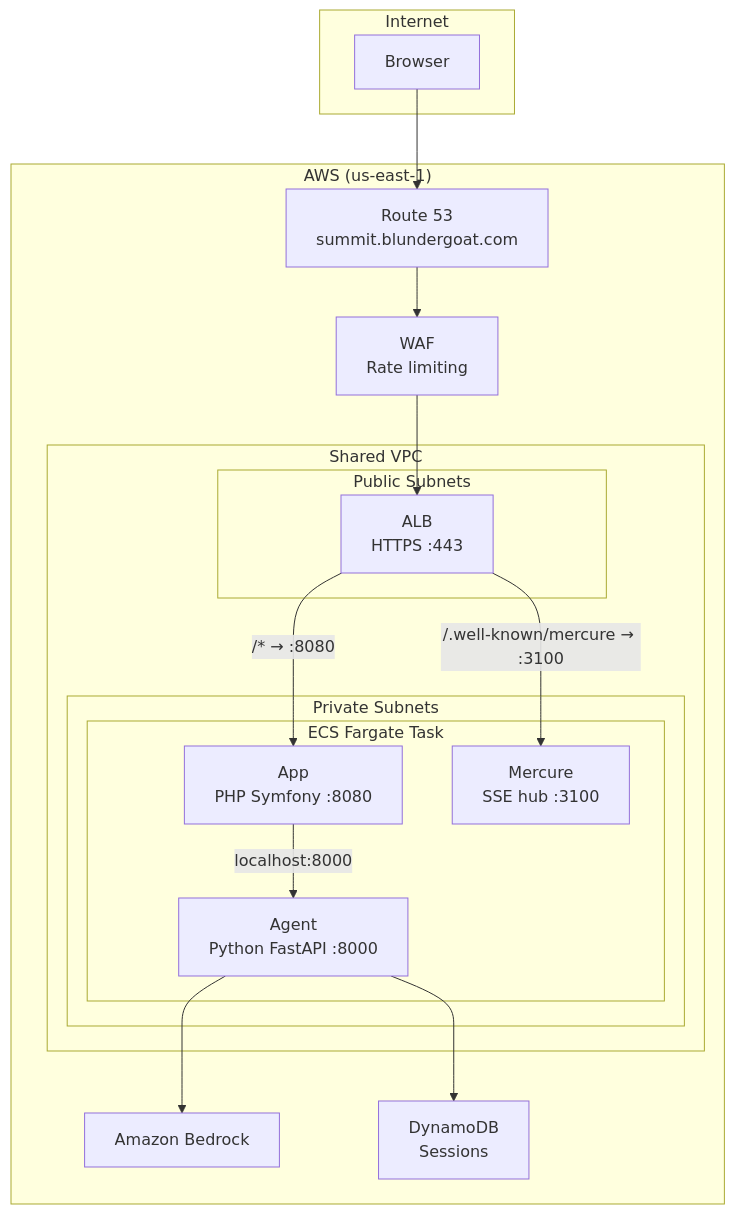
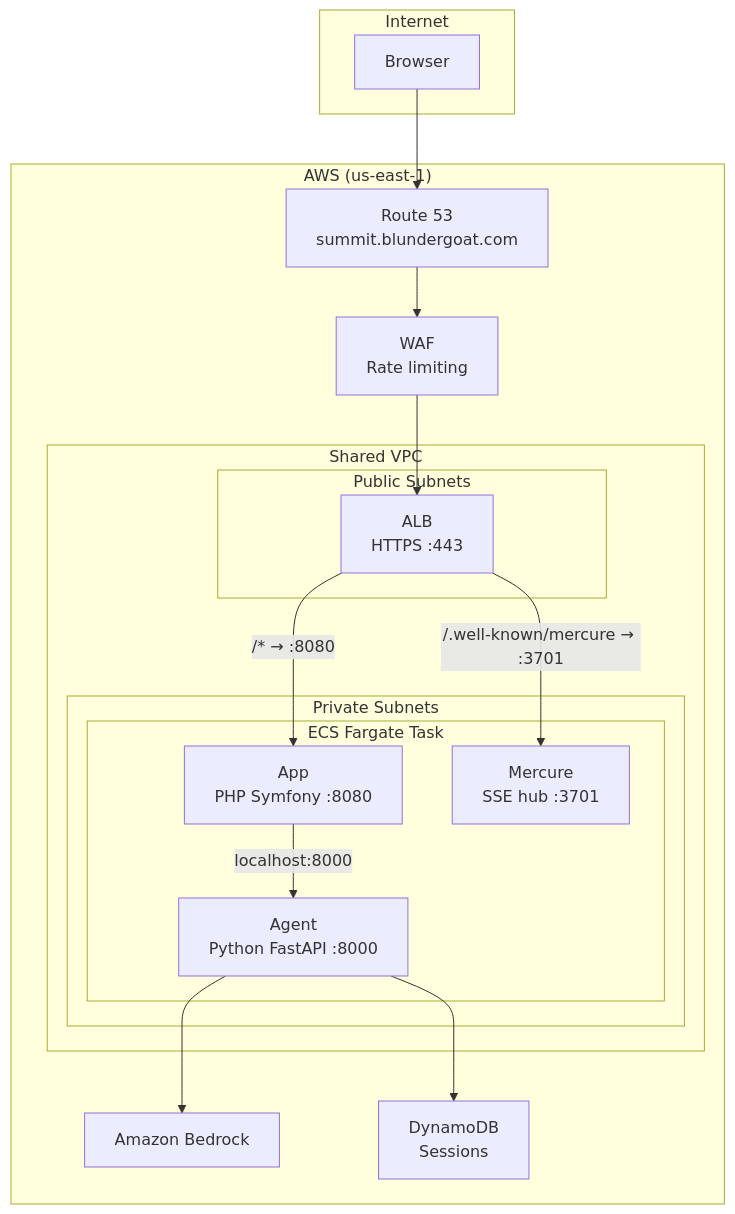
One commit to blundergoat/the-summit-chatroom changed the first of 2 diagrams in docs/deployment.md. Above: the diagram before and after it, drawn with Mermaid. The commit also changed 16 other files, not shown here.

````diff
--- a/docs/deployment.md
+++ b/docs/deployment.md
@@ -43,36 +43,36 @@
 ```mermaid
 graph TB
     subgraph Internet
         Browser[Browser]
     end
 
     subgraph AWS["AWS (us-east-1)"]
         R53["Route 53<br/>summit.blundergoat.com"]
         WAF["WAF<br/>Rate limiting"]
 
         subgraph VPC["Shared VPC"]
             subgraph Public["Public Subnets"]
                 ALB["ALB<br/>HTTPS :443"]
             end
 
             subgraph Private["Private Subnets"]
                 subgraph Task["ECS Fargate Task"]
                     App["App<br/>PHP Symfony :8080"]
                     Agent["Agent<br/>Python FastAPI :8000"]
-                    Mercure["Mercure<br/>SSE hub :3100"]
+                    Mercure["Mercure<br/>SSE hub :3701"]
                 end
             end
         end
 
         Bedrock["Amazon Bedrock"]
         DDB["DynamoDB<br/>Sessions"]
     end
 
     Browser --> R53
     R53 --> WAF --> ALB
     ALB -->|"/* → :8080"| App
-    ALB -->|"/.well-known/mercure → :3100"| Mercure
+    ALB -->|"/.well-known/mercure → :3701"| Mercure
     App -->|"localhost:8000"| Agent
     Agent --> Bedrock
     Agent --> DDB
 ```
````
